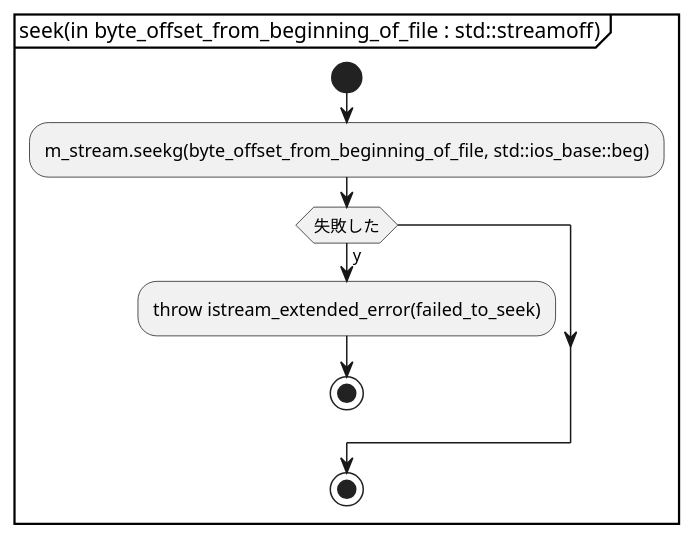
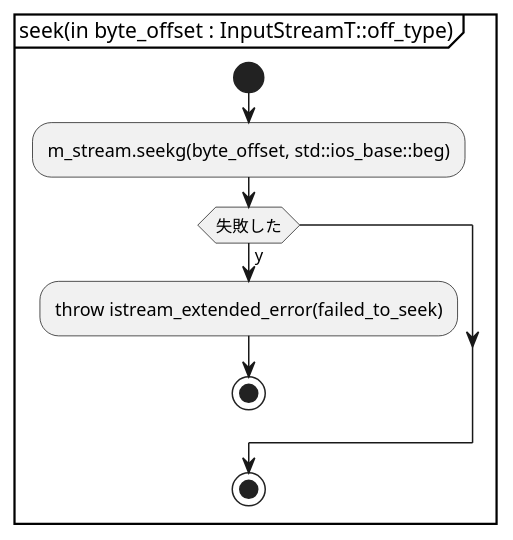
The sixth of 11 diagrams in document/istream_extended.activity.pu (KodaiYM/PDFReader), drawn with PlantUML before and after one commit. The commit also changed other lines of this file and 2 other files, not shown here.

```diff
--- a/document/istream_extended.activity.pu
+++ b/document/istream_extended.activity.pu
@@ -43,11 +53,11 @@
 @startuml seek
-partition "seek(in byte_offset_from_beginning_of_file : std::streamoff)" {
+partition "seek(in byte_offset : InputStreamT::off_type)" {
 start
-	:m_stream.seekg(byte_offset_from_beginning_of_file, std::ios_base::beg);
+	:m_stream.seekg(byte_offset, std::ios_base::beg);
 	if (失敗した) then (y)
 		:throw istream_extended_error(failed_to_seek);
 		stop
 	endif
 stop
 }
 @enduml
```
